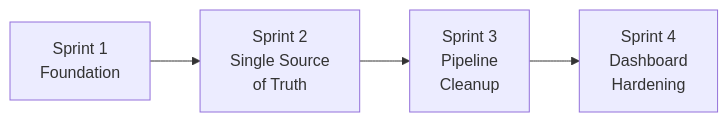
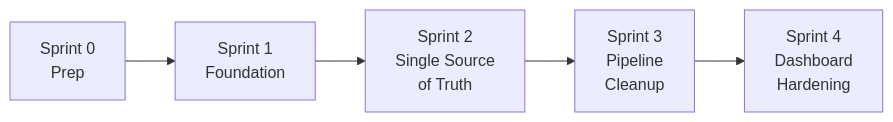
One commit to admiralorbiter/VMS changed the diagram in documentation/content/developer/teacher_data_refactor_sprints.md. Above: the diagram before and after it, drawn with Mermaid. The commit also changed other lines of this file and 1 other file, not shown here.

````diff
--- a/documentation/content/developer/teacher_data_refactor_sprints.md
+++ b/documentation/content/developer/teacher_data_refactor_sprints.md
@@ -14,9 +19,10 @@
 ```mermaid
 flowchart LR
+    S0["Sprint 0<br/>Prep"]
     S1["Sprint 1<br/>Foundation"]
     S2["Sprint 2<br/>Single Source<br/>of Truth"]
     S3["Sprint 3<br/>Pipeline<br/>Cleanup"]
     S4["Sprint 4<br/>Dashboard<br/>Hardening"]
 
-    S1 --> S2 --> S3 --> S4
+    S0 --> S1 --> S2 --> S3 --> S4
 ```
````
